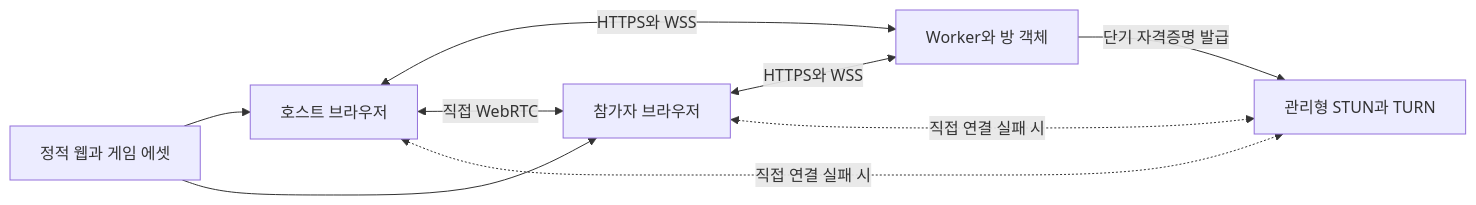
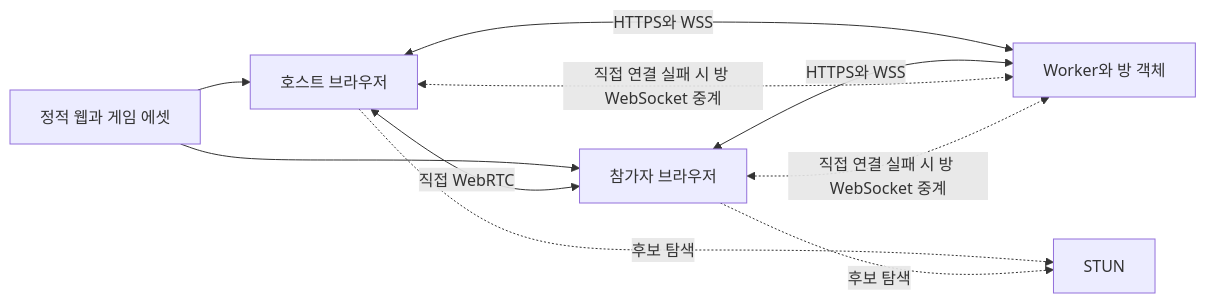
Before and after one commit to artrointel/Noriverse: the diagram in docs/technical-design.md, drawn with Mermaid. The commit also changed other lines of this file and 34 other files, not shown here.

````diff
--- a/docs/technical-design.md
+++ b/docs/technical-design.md
@@ -48,11 +48,12 @@
 ```mermaid
 flowchart LR
   CDN[정적 웹과 게임 에셋] --> Host[호스트 브라우저]
   CDN --> Peer[참가자 브라우저]
   Host <-->|HTTPS와 WSS| Signal[Worker와 방 객체]
   Peer <-->|HTTPS와 WSS| Signal
-  Signal -->|단기 자격증명 발급| Turn[관리형 STUN과 TURN]
+  Host -.->|후보 탐색| Stun[STUN]
+  Peer -.->|후보 탐색| Stun
   Host <-->|직접 WebRTC| Peer
-  Host <-.->|직접 연결 실패 시| Turn
-  Peer <-.->|직접 연결 실패 시| Turn
+  Host <-.->|직접 연결 실패 시 방 WebSocket 중계| Signal
+  Peer <-.->|직접 연결 실패 시 방 WebSocket 중계| Signal
 ```
````
